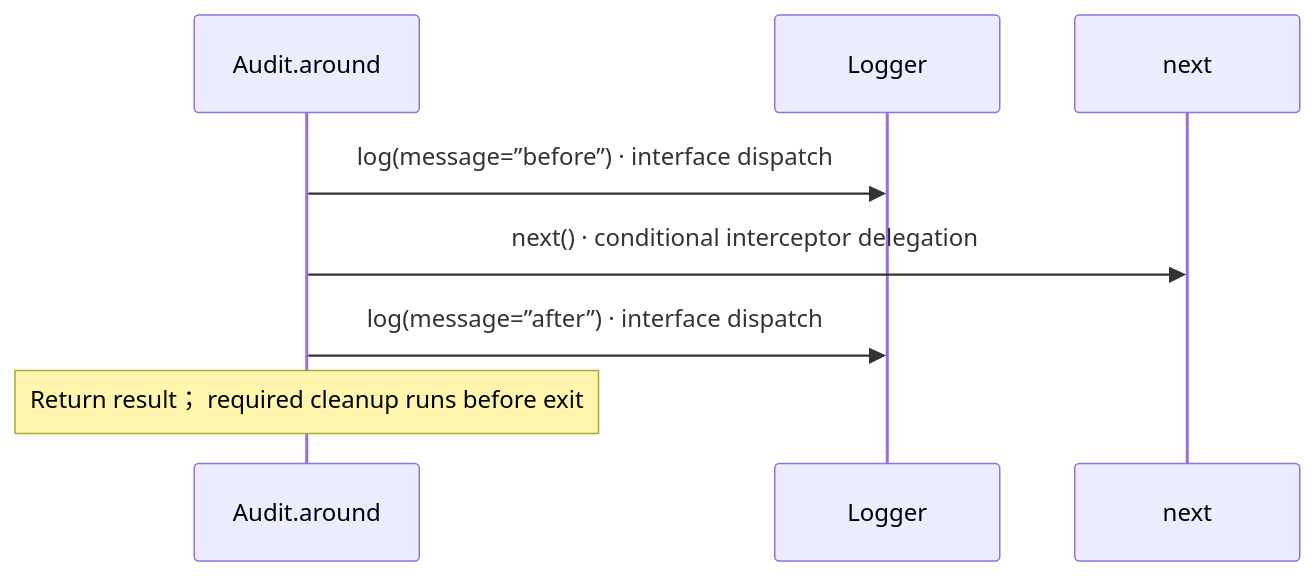
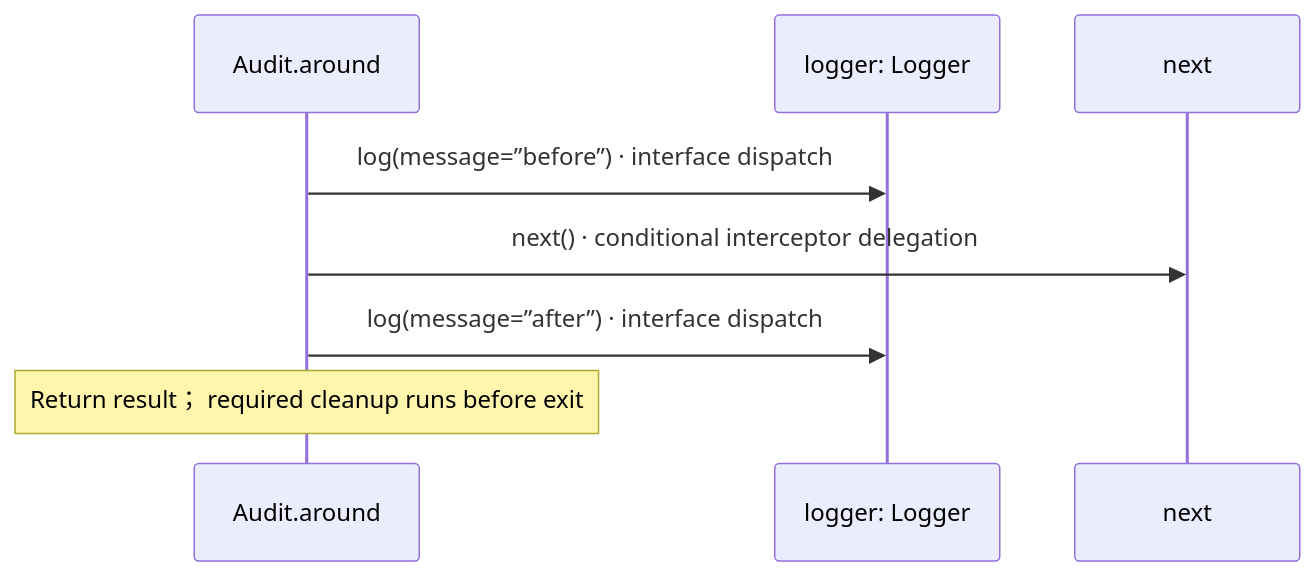
One commit to GreenPandaStudios/augscript changed the third of 5 diagrams in docs/examples/interceptors/interceptors-diagrams.md. Above: the diagram before and after it, drawn with Mermaid. The commit also changed 102 other files, not shown here.

Commit message:
Keep named service receivers distinct in sequence data flow

````diff
--- a/docs/examples/interceptors/interceptors-diagrams.md
+++ b/docs/examples/interceptors/interceptors-diagrams.md
@@ -63,10 +63,10 @@
 ```mermaid
 sequenceDiagram
     participant p0 as Audit.around
-    participant p1 as Logger
+    participant p1 as logger: Logger
     participant p2 as next
     p0->>p1: log(message=”before”) · interface dispatch
     p0->>p2: next() · conditional interceptor delegation
     p0->>p1: log(message=”after”) · interface dispatch
     Note over p0: Return result； required cleanup runs before exit
 ```
````
